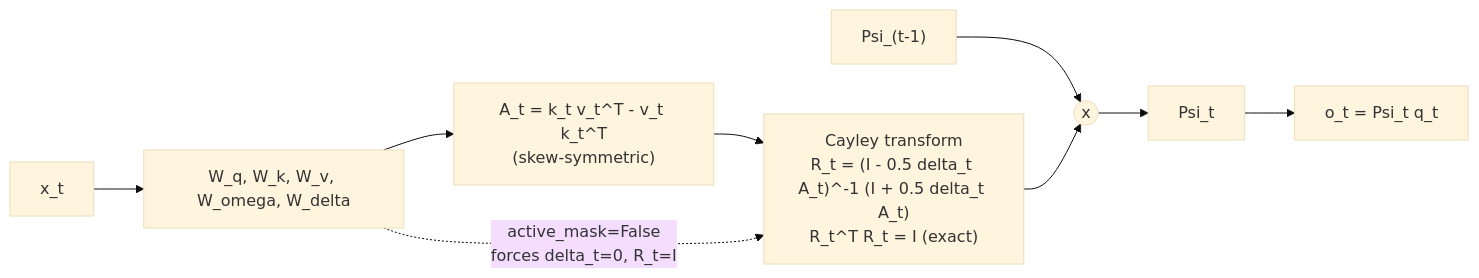
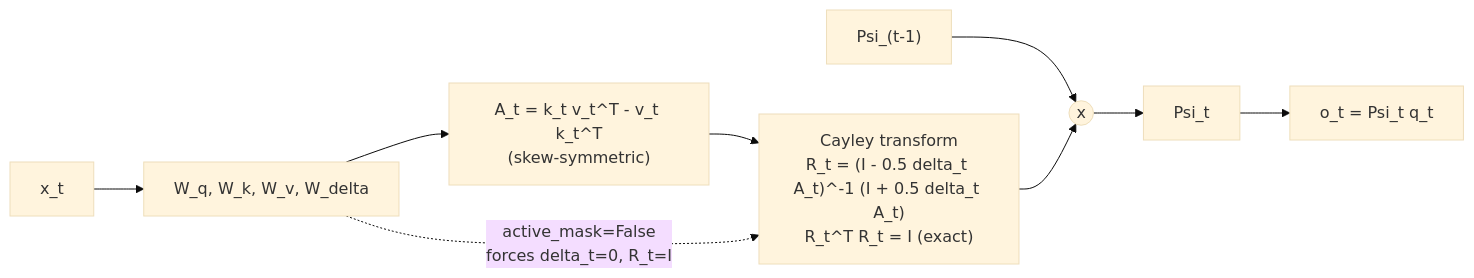
One commit to Verace-Pvt-Ltd/Verace-V1 changed the diagram in docs/modules/sssd-attention.md. Above: the diagram before and after it, drawn with Mermaid (base theme). The commit also changed other lines of this file and 17 other files, not shown here.

````diff
--- a/docs/modules/sssd-attention.md
+++ b/docs/modules/sssd-attention.md
@@ -92,11 +95,11 @@
 ```mermaid
 flowchart LR
-    XT["x_t"] --> PROJ["W_q, W_k, W_v, W_omega, W_delta"]
+    XT["x_t"] --> PROJ["W_q, W_k, W_v, W_delta"]
     PROJ --> A["A_t = k_t v_t^T - v_t k_t^T\n(skew-symmetric)"]
     A --> CAYLEY["Cayley transform\nR_t = (I - 0.5 delta_t A_t)^-1 (I + 0.5 delta_t A_t)\nR_t^T R_t = I (exact)"]
     PSIPREV["Psi_(t-1)"] --> ROTATE(("x"))
     CAYLEY --> ROTATE
     ROTATE --> PSIT["Psi_t"]
     PSIT --> READ["o_t = Psi_t q_t"]
     PROJ -.->|"active_mask=False\nforces delta_t=0, R_t=I"| CAYLEY
 ```
````
